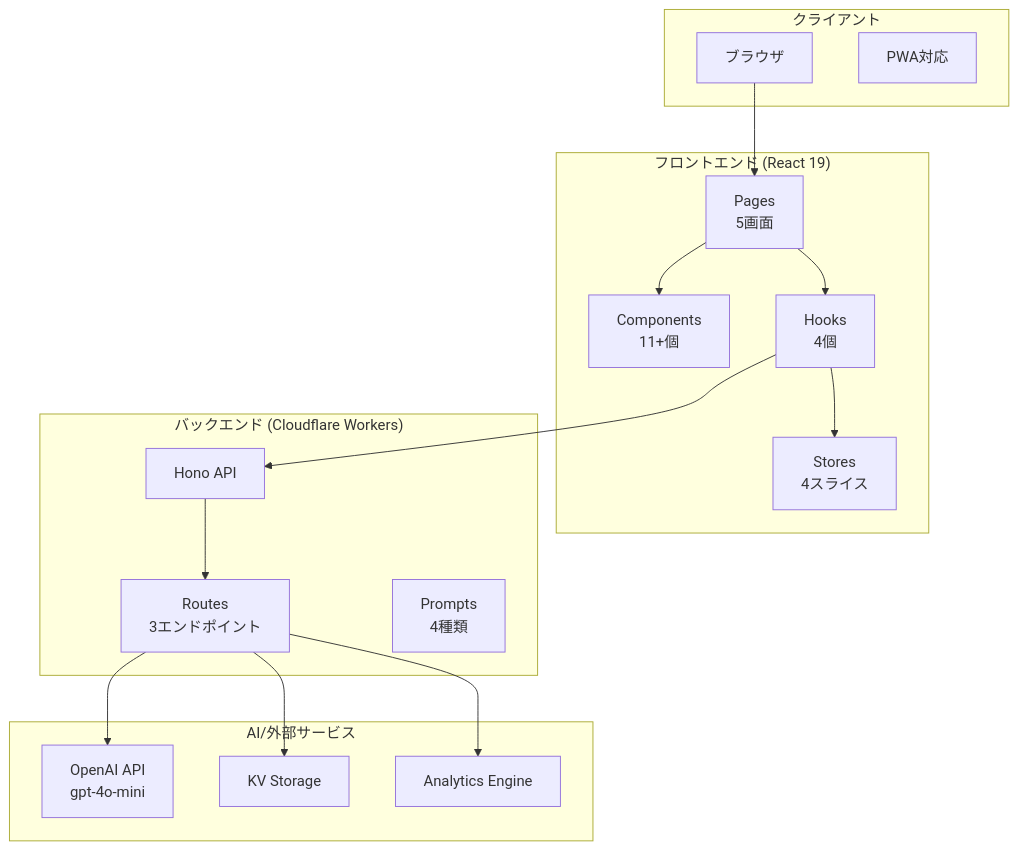
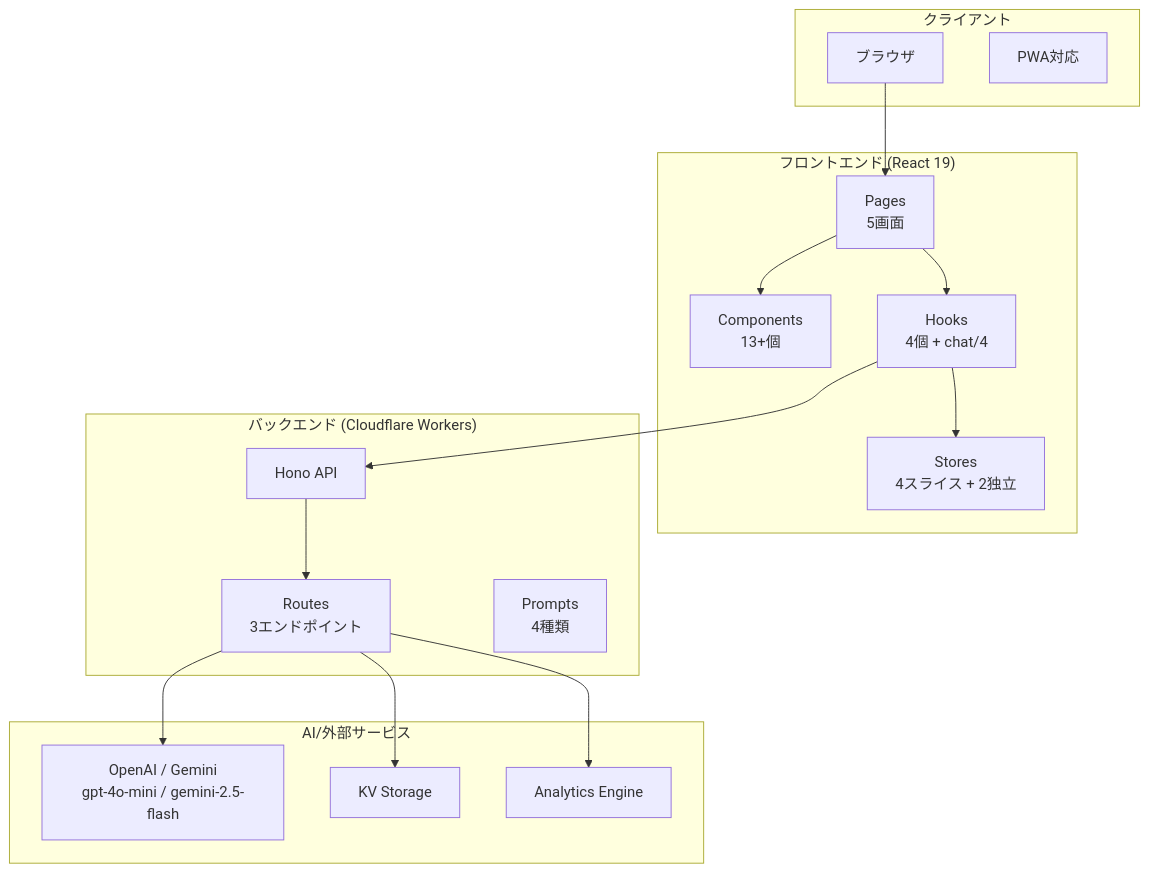
One commit to Ibar-Aki/solar-aldrin changed the first of 16 diagrams in apps/v2-modern/docs/00_overview/00_Master_Technical_Reference.md. Above: the diagram before and after it, drawn with Mermaid. The commit also changed other lines of this file and 5 other files, not shown here.

````diff
--- a/apps/v2-modern/docs/00_overview/00_Master_Technical_Reference.md
+++ b/apps/v2-modern/docs/00_overview/00_Master_Technical_Reference.md
@@ -86,36 +81,36 @@
 ```mermaid
 graph TB
     subgraph "クライアント"
         Browser[ブラウザ]
         PWA[PWA対応]
     end
     
     subgraph "フロントエンド (React 19)"
         Pages[Pages<br/>5画面]
-        Components[Components<br/>11+個]
-        Hooks[Hooks<br/>4個]
-        Stores[Stores<br/>4スライス]
+        Components[Components<br/>13+個]
+        Hooks[Hooks<br/>4個 + chat/4]
+        Stores[Stores<br/>4スライス + 2独立]
     end
     
     subgraph "バックエンド (Cloudflare Workers)"
         API[Hono API]
         Routes[Routes<br/>3エンドポイント]
         Prompts[Prompts<br/>4種類]
     end
     
     subgraph "AI/外部サービス"
-        OpenAI[OpenAI API<br/>gpt-4o-mini]
+        AI[OpenAI / Gemini<br/>gpt-4o-mini / gemini-2.5-flash]
         KV[KV Storage]
         Analytics[Analytics Engine]
     end
     
     Browser --> Pages
     Pages --> Components
     Pages --> Hooks
     Hooks --> Stores
     Hooks --> API
     API --> Routes
-    Routes --> OpenAI
+    Routes --> AI
     Routes --> KV
     Routes --> Analytics
 ```
````
